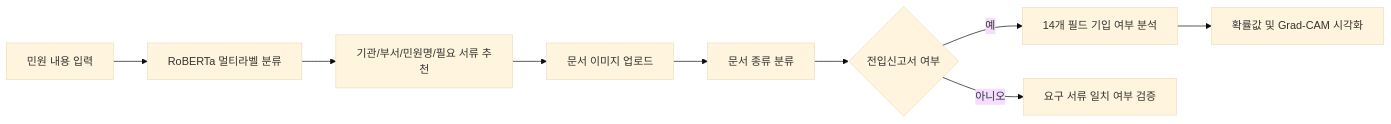
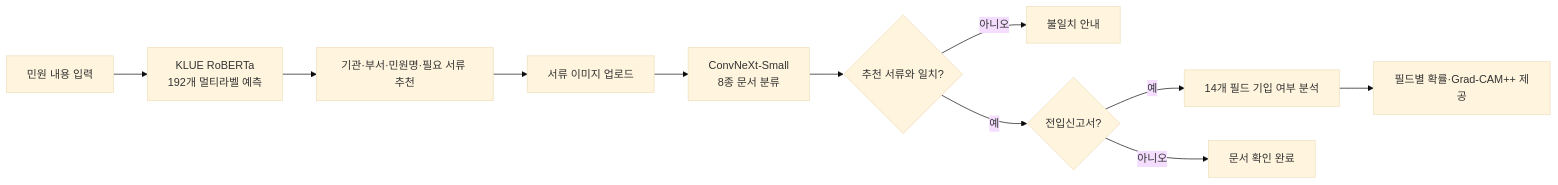
One commit to fdt15ss/TEAM-PJ-DEEP changed the first of 2 diagrams in PORTFOLIO.md. Above: the diagram before and after it, drawn with Mermaid (base theme). The commit also changed other lines of this file and 1 other file, not shown here.

````diff
--- a/PORTFOLIO.md
+++ b/PORTFOLIO.md
@@ -27,11 +39,13 @@
 ```mermaid
 flowchart LR
-    A["민원 내용 입력"] --> B["RoBERTa 멀티라벨 분류"]
-    B --> C["기관/부서/민원명/필요 서류 추천"]
-    C --> D["문서 이미지 업로드"]
-    D --> E["문서 종류 분류"]
-    E --> F{"전입신고서 여부"}
-    F -->|예| G["14개 필드 기입 여부 분석"]
-    F -->|아니오| H["요구 서류 일치 여부 검증"]
-    G --> I["확률값 및 Grad-CAM 시각화"]
+    A["민원 내용 입력"] --> B["KLUE RoBERTa<br/>192개 멀티라벨 예측"]
+    B --> C["기관·부서·민원명·필요 서류 추천"]
+    C --> D["서류 이미지 업로드"]
+    D --> E["ConvNeXt-Small<br/>8종 문서 분류"]
+    E --> F{"추천 서류와 일치?"}
+    F -->|아니오| G["불일치 안내"]
+    F -->|예| H{"전입신고서?"}
+    H -->|예| I["14개 필드 기입 여부 분석"]
+    H -->|아니오| J["문서 확인 완료"]
+    I --> K["필드별 확률·Grad-CAM++ 제공"]
 ```
````
